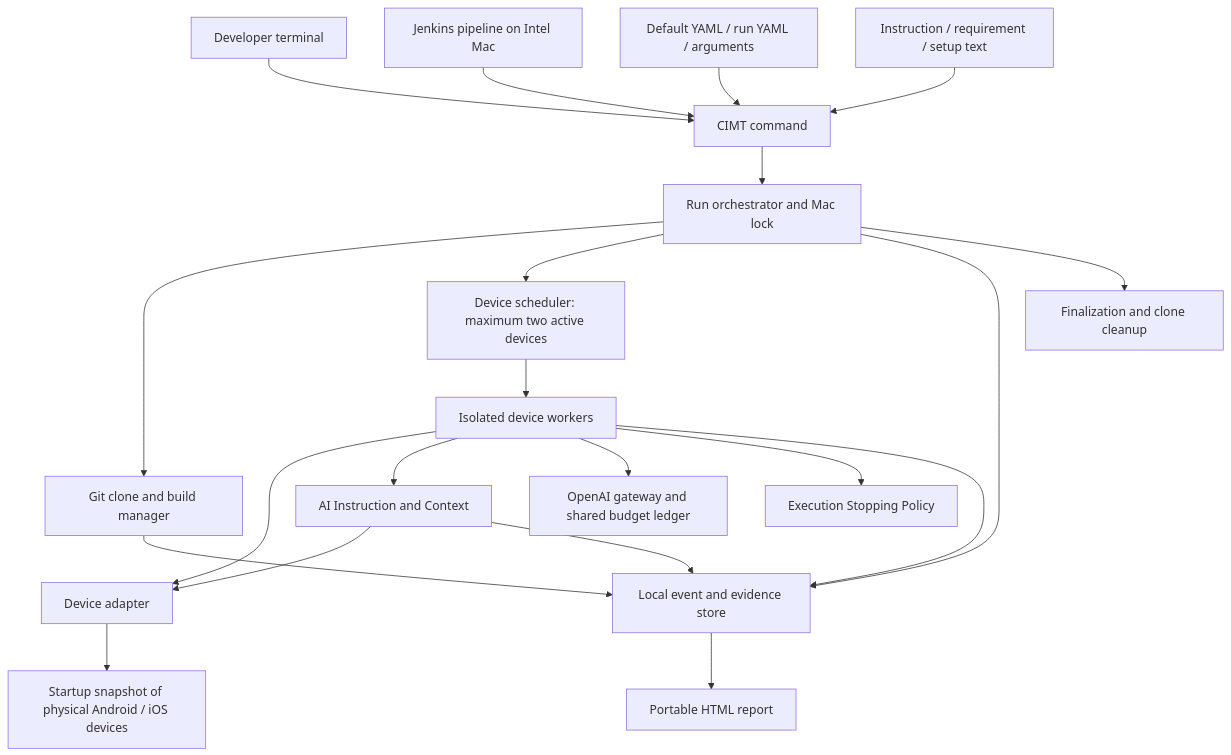
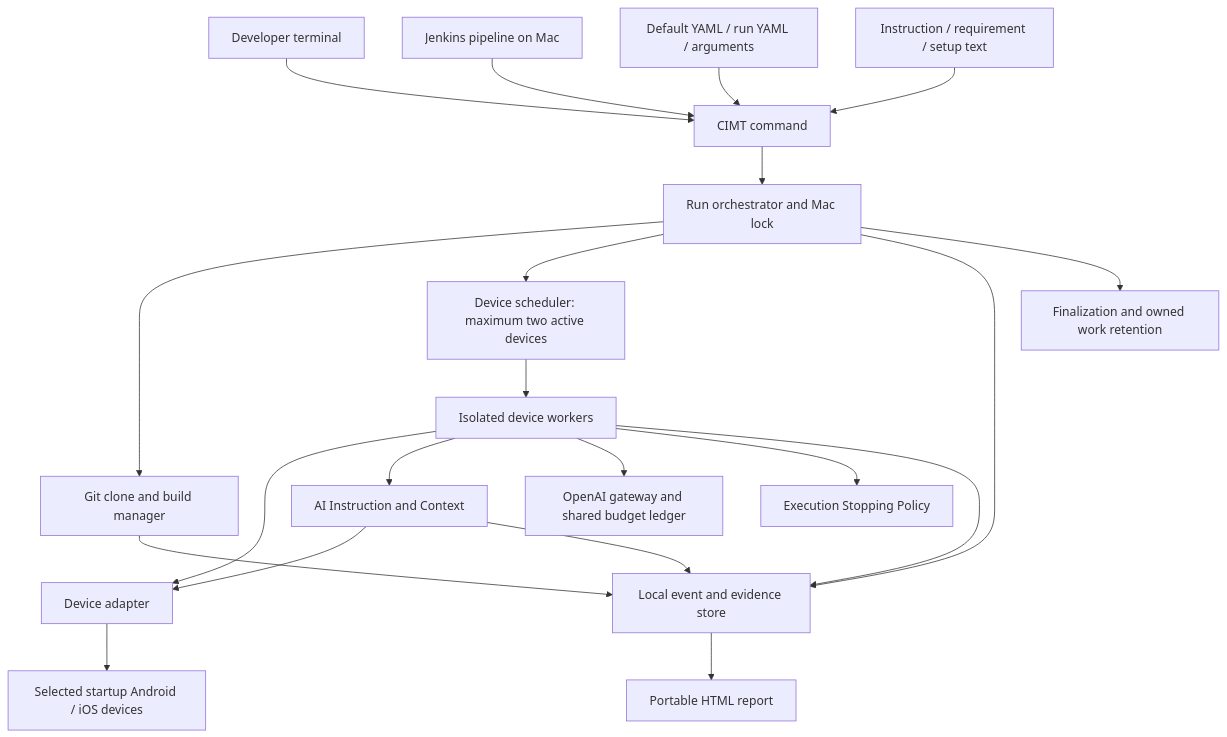
One commit to Richard032/CIMT changed the diagram in docs/architecture.md. Above: the diagram before and after it, drawn with Mermaid. The commit also changed other lines of this file and 45 other files, not shown here.

````diff
--- a/docs/architecture.md
+++ b/docs/architecture.md
@@ -22,23 +24,23 @@
 ```mermaid
 flowchart TD
     T[Developer terminal] --> C[CIMT command]
-    J[Jenkins pipeline on Intel Mac] --> C
+    J[Jenkins pipeline on Mac] --> C
     Y[Default YAML / run YAML / arguments] --> C
     I[Instruction / requirement / setup text] --> C
     C --> O[Run orchestrator and Mac lock]
     O --> B[Git clone and build manager]
     O --> S[Device scheduler: maximum two active devices]
     S --> W[Isolated device workers]
     W --> A[Device adapter]
-    A --> D[Startup snapshot of physical Android / iOS devices]
+    A --> D[Selected startup Android / iOS devices]
     W --> N[AI Instruction and Context]
     N --> A
     N --> E
     W --> P[OpenAI gateway and shared budget ledger]
     W --> K[Execution Stopping Policy]
     O --> E[Local event and evidence store]
     W --> E
     B --> E
     E --> R[Portable HTML report]
-    O --> F[Finalization and clone cleanup]
+    O --> F[Finalization and owned work retention]
 ```
````
